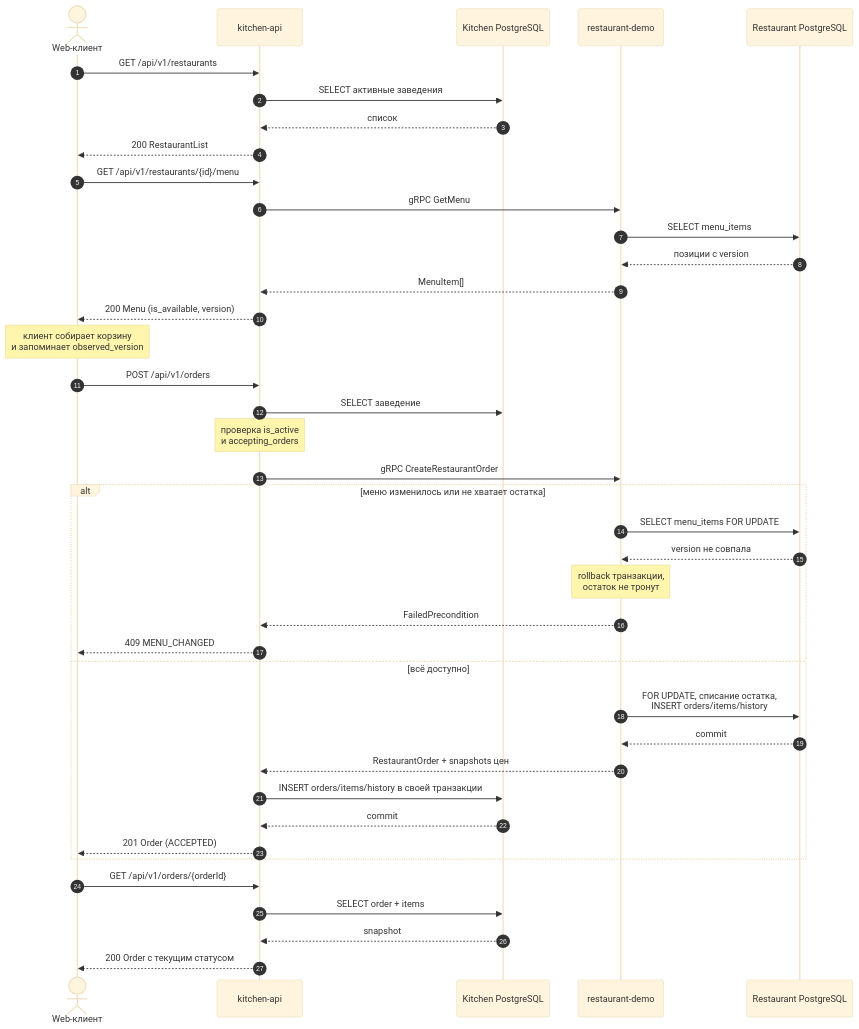
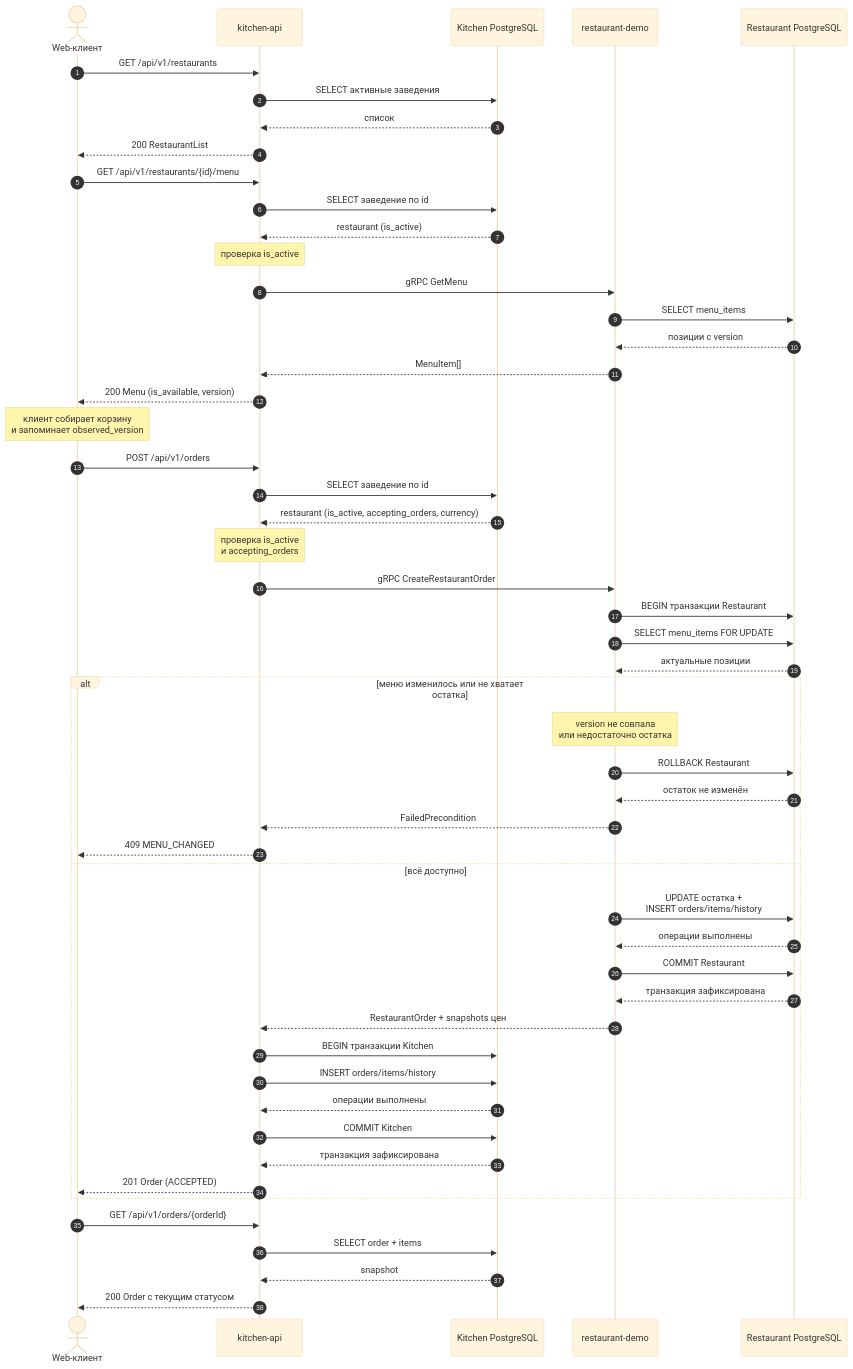
The second of 10 diagrams in README.md (LolFolUp/avito), drawn with Mermaid (base theme) before and after one commit. The commit also changed other lines of this file and 11 other files, not shown here.

````diff
--- a/README.md
+++ b/README.md
@@ -84,48 +87,61 @@
 ```mermaid
 sequenceDiagram
     autonumber
     actor Web as Web-клиент
     participant K as kitchen-api
     participant KDB as Kitchen PostgreSQL
     participant R as restaurant-demo
     participant RDB as Restaurant PostgreSQL
 
     Web->>K: GET /api/v1/restaurants
     K->>KDB: SELECT активные заведения
     KDB-->>K: список
     K-->>Web: 200 RestaurantList
 
     Web->>K: GET /api/v1/restaurants/{id}/menu
+    K->>KDB: SELECT заведение по id
+    KDB-->>K: restaurant (is_active)
+    Note over K: проверка is_active
     K->>R: gRPC GetMenu
     R->>RDB: SELECT menu_items
     RDB-->>R: позиции с version
     R-->>K: MenuItem[]
     K-->>Web: 200 Menu (is_available, version)
 
     Note over Web: клиент собирает корзину<br/>и запоминает observed_version
 
     Web->>K: POST /api/v1/orders
-    K->>KDB: SELECT заведение
+    K->>KDB: SELECT заведение по id
+    KDB-->>K: restaurant (is_active, accepting_orders, currency)
     Note over K: проверка is_active<br/>и accepting_orders
     K->>R: gRPC CreateRestaurantOrder
+    R->>RDB: BEGIN транзакции Restaurant
+    R->>RDB: SELECT menu_items FOR UPDATE
+    RDB-->>R: актуальные позиции
 
     alt меню изменилось или не хватает остатка
-        R->>RDB: SELECT menu_items FOR UPDATE
-        RDB-->>R: version не совпала
-        Note over R: rollback транзакции,<br/>остаток не тронут
+        Note over R: version не совпала<br/>или недостаточно остатка
+        R->>RDB: ROLLBACK Restaurant
+        RDB-->>R: остаток не изменён
         R-->>K: FailedPrecondition
         K-->>Web: 409 MENU_CHANGED
     else всё доступно
-        R->>RDB: FOR UPDATE, списание остатка,<br/>INSERT orders/items/history
-        RDB-->>R: commit
+        R->>RDB: UPDATE остатка +<br/>INSERT orders/items/history
+        RDB-->>R: операции выполнены
+        R->>RDB: COMMIT Restaurant
+        RDB-->>R: транзакция зафиксирована
         R-->>K: RestaurantOrder + snapshots цен
-        K->>KDB: INSERT orders/items/history в своей транзакции
-        KDB-->>K: commit
+        K->>KDB: BEGIN транзакции Kitchen
+        K->>KDB: INSERT orders/items/history
+        KDB-->>K: операции выполнены
+        K->>KDB: COMMIT Kitchen
+        KDB-->>K: транзакция зафиксирована
         K-->>Web: 201 Order (ACCEPTED)
     end
+
 
     Web->>K: GET /api/v1/orders/{orderId}
     K->>KDB: SELECT order + items
     KDB-->>K: snapshot
     K-->>Web: 200 Order с текущим статусом
 ```
````
